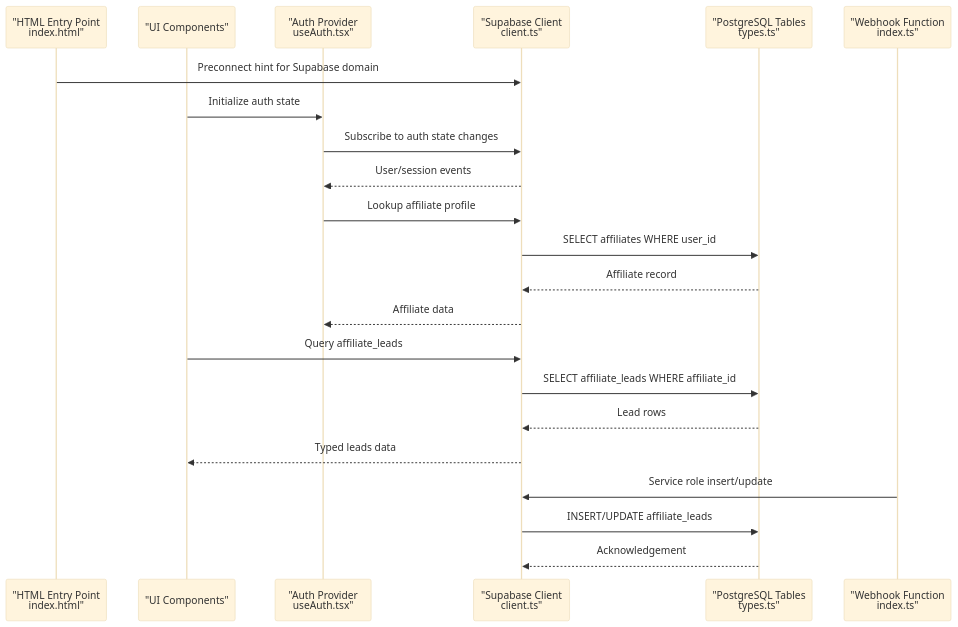
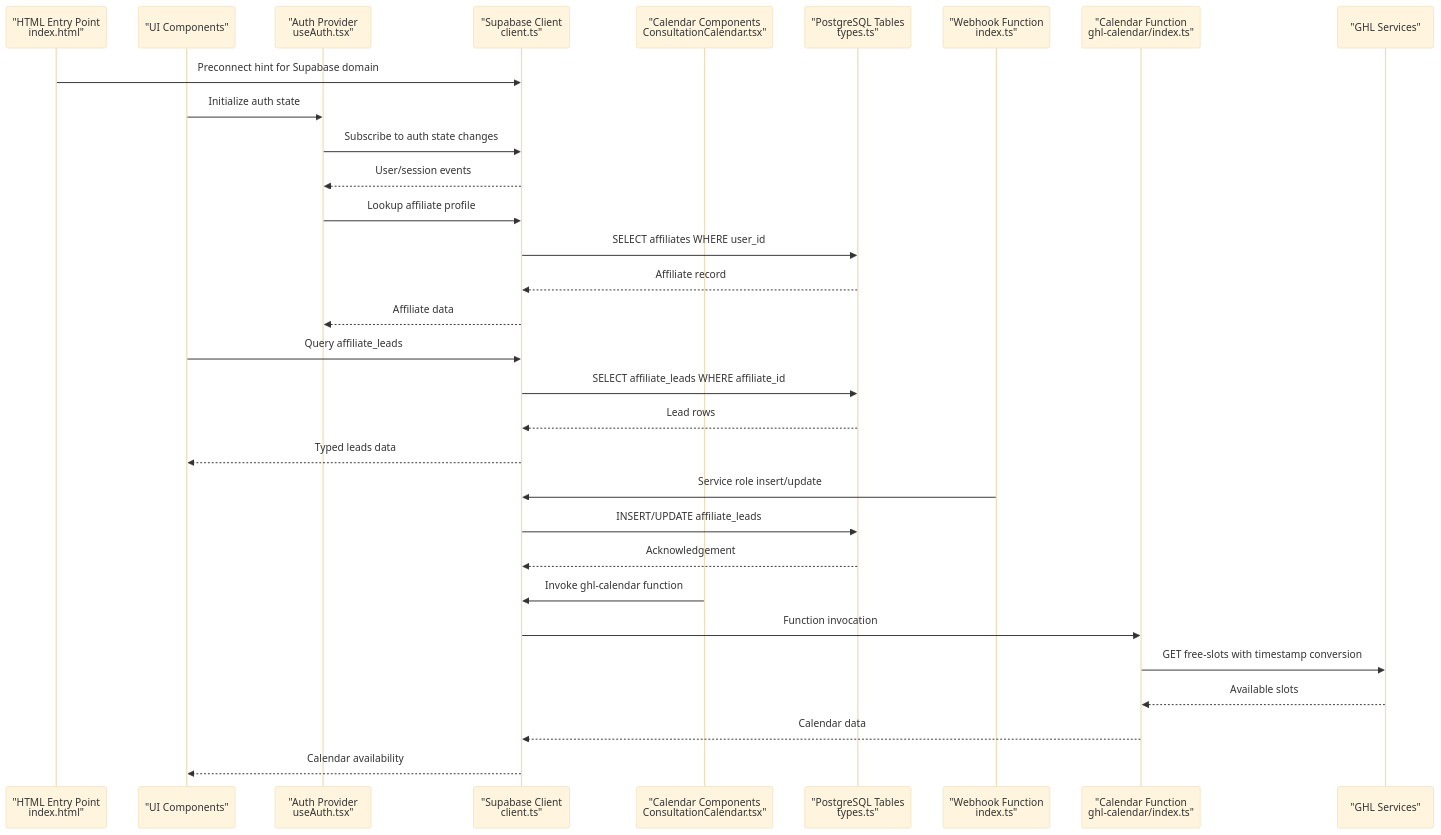
One commit to Hawky1/ryland changed the second of 8 diagrams in .qoder/repowiki/en/content/Data Layer & Supabase Integration.md. Above: the diagram before and after it, drawn with Mermaid (base theme). The commit also changed other lines of this file and 4 other files, not shown here.

````diff
--- a/.qoder/repowiki/en/content/Data Layer & Supabase Integration.md
+++ b/.qoder/repowiki/en/content/Data Layer & Supabase Integration.md
@@ -120,24 +143,33 @@
 ```mermaid
 sequenceDiagram
 participant HTML as "HTML Entry Point<br/>index.html"
 participant UI as "UI Components"
 participant Auth as "Auth Provider<br/>useAuth.tsx"
 participant Client as "Supabase Client<br/>client.ts"
+participant CalComp as "Calendar Components<br/>ConsultationCalendar.tsx"
 participant DB as "PostgreSQL Tables<br/>types.ts"
 participant Func as "Webhook Function<br/>index.ts"
+participant CalFunc as "Calendar Function<br/>ghl-calendar/index.ts"
+participant GHL as "GHL Services"
 HTML->>Client : Preconnect hint for Supabase domain
 UI->>Auth : Initialize auth state
 Auth->>Client : Subscribe to auth state changes
 Client-->>Auth : User/session events
 Auth->>Client : Lookup affiliate profile
 Client->>DB : SELECT affiliates WHERE user_id
 DB-->>Client : Affiliate record
 Client-->>Auth : Affiliate data
 UI->>Client : Query affiliate_leads
 Client->>DB : SELECT affiliate_leads WHERE affiliate_id
 DB-->>Client : Lead rows
 Client-->>UI : Typed leads data
 Func->>Client : Service role insert/update
 Client->>DB : INSERT/UPDATE affiliate_leads
 DB-->>Client : Acknowledgement
+CalComp->>Client : Invoke ghl-calendar function
+Client->>CalFunc : Function invocation
+CalFunc->>GHL : GET free-slots with timestamp conversion
+GHL-->>CalFunc : Available slots
+CalFunc-->>Client : Calendar data
+Client-->>UI : Calendar availability
 ```
````
